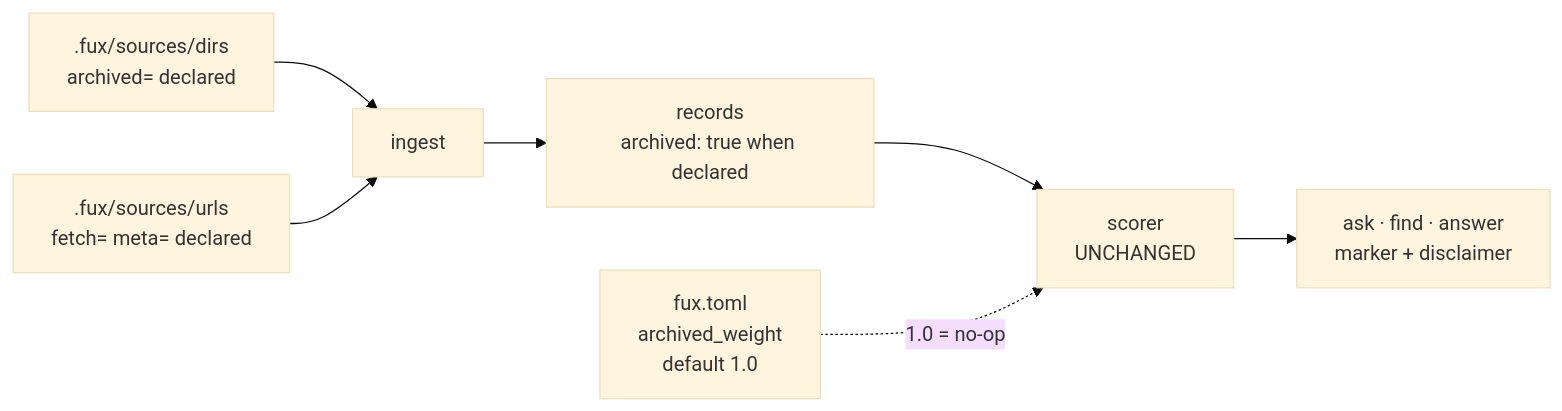
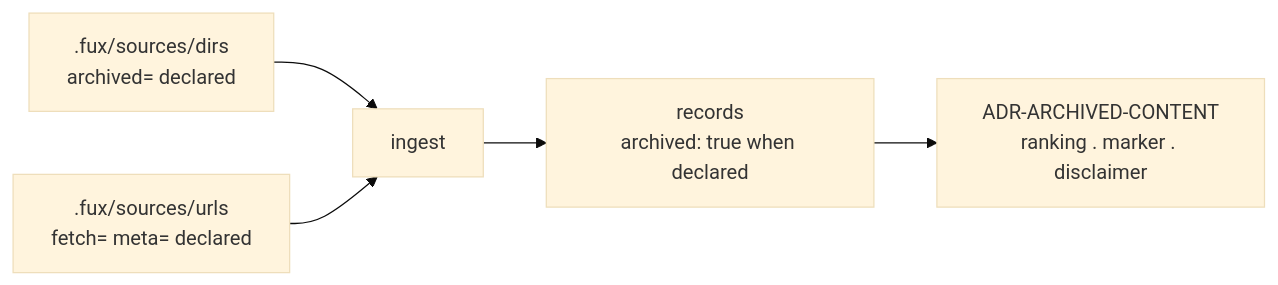
One commit to arpitarya/fux changed the diagram in docs/adr/0022_dir-list.md. Above: the diagram before and after it, drawn with Mermaid (base theme). The commit also changed other lines of this file and 231 other files, not shown here.

First line of the commit message:
feat: archived-content signalling (W-44), refer per-doc cap fix (W-72), prediction register check (W-69)

````diff
--- a/docs/adr/0022_dir-list.md
+++ b/docs/adr/0022_dir-list.md
@@ -160,9 +72,7 @@
 ```mermaid
 flowchart LR
     D[".fux/sources/dirs<br/>archived= declared"] --> I["ingest"]
     U[".fux/sources/urls<br/>fetch= meta= declared"] --> I
     I --> R["records<br/>archived: true when declared"]
-    R --> S["scorer<br/>UNCHANGED"]
-    W["fux.toml<br/>archived_weight<br/>default 1.0"] -.->|"1.0 = no-op"| S
-    S --> O["ask · find · answer<br/>marker + disclaimer"]
+    R --> X["ADR-ARCHIVED-CONTENT<br/>ranking . marker . disclaimer"]
 ```
````
